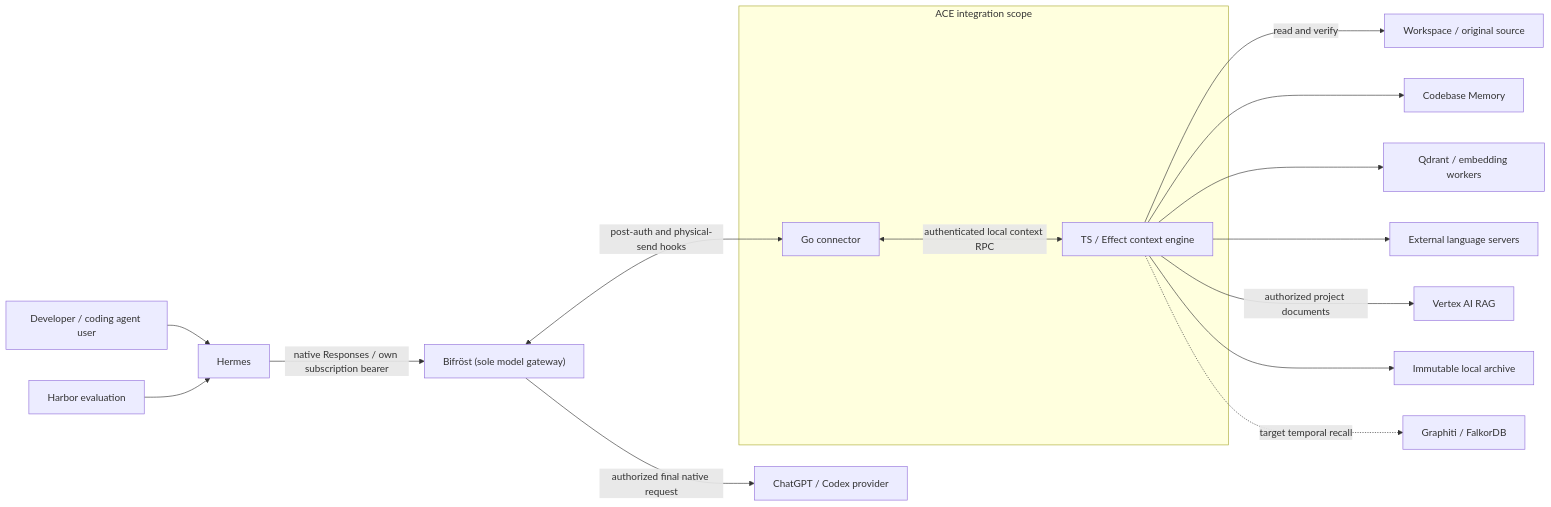
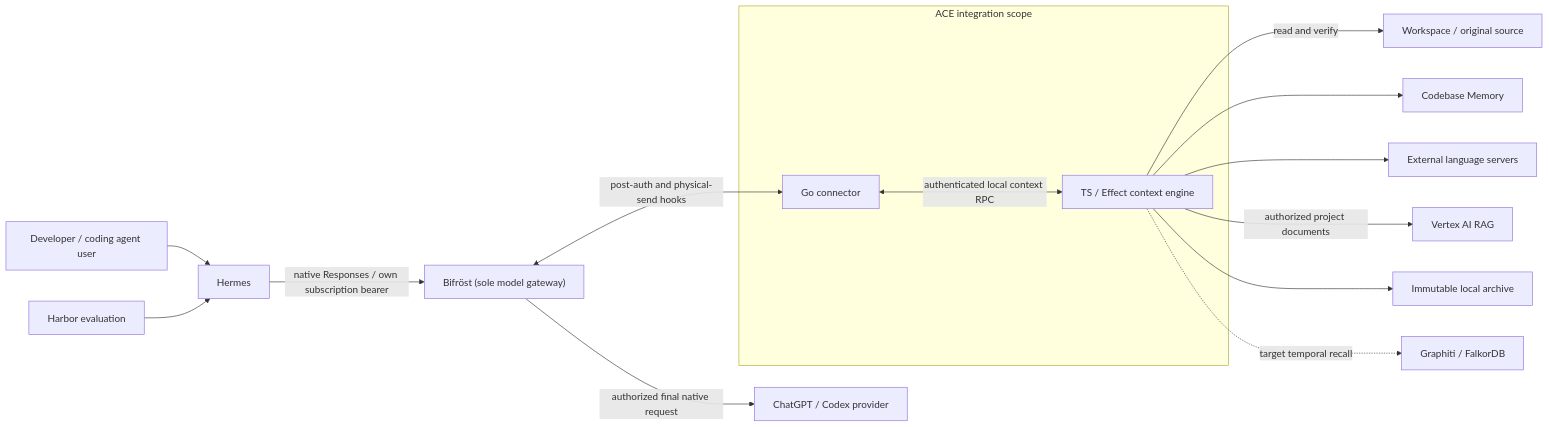
One commit to chris-madsen/Hybrid-RAG changed the diagram in docs/architecture/views/system-context.md. Above: the diagram before and after it, drawn with Mermaid. The commit also changed other lines of this file and 8 other files, not shown here.

Commit message:
docs: reconcile foundational retrieval specs and architecture views

```diff
--- a/docs/architecture/views/system-context.md
+++ b/docs/architecture/views/system-context.md
@@ -9,20 +9,19 @@
 ~~~mermaid
 flowchart LR
     User["Developer / coding agent user"] --> Hermes["Hermes"]
     Hermes -->|"native Responses / own subscription bearer"| Bifrost["Bifröst (sole model gateway)"]
     subgraph ACE["ACE integration scope"]
         Connector["Go connector"]
         Core["TS / Effect context engine"]
         Connector <-->|"authenticated local context RPC"| Core
     end
     Bifrost <-->|"post-auth and physical-send hooks"| Connector
     Bifrost -->|"authorized final native request"| Provider["ChatGPT / Codex provider"]
     Core -->|"read and verify"| Workspace["Workspace / original source"]
     Core --> CBM["Codebase Memory"]
-    Core --> Qdrant["Qdrant / embedding workers"]
     Core --> LSP["External language servers"]
     Core -->|"authorized project documents"| Vertex["Vertex AI RAG"]
     Core --> Archive["Immutable local archive"]
     Core -. "target temporal recall" .-> Memory["Graphiti / FalkorDB"]
     Harbor["Harbor evaluation"] --> Hermes
 ~~~
```
